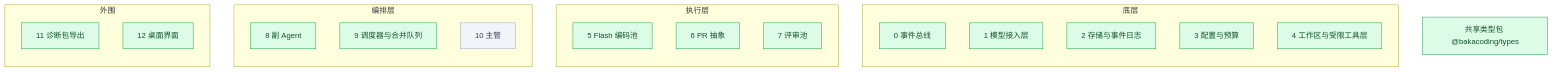
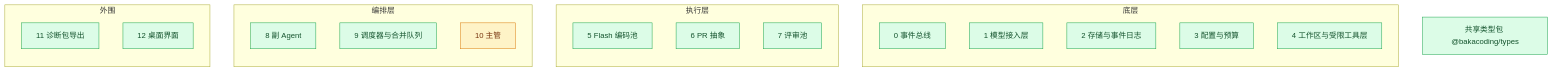
The diagram in docs/progress.md (Akarin7784/BakaCoding), drawn with Mermaid before and after one commit. The commit also changed other lines of this file, not shown here.

````diff
--- a/docs/progress.md
+++ b/docs/progress.md
@@ -11,32 +11,32 @@
 ```mermaid
 flowchart BT
   subgraph 底层
     M0[0 事件总线]
     M1[1 模型接入层]
     M2[2 存储与事件日志]
     M3[3 配置与预算]
     M4[4 工作区与受限工具层]
   end
   subgraph 执行层
     M5[5 Flash 编码池]
     M6[6 PR 抽象]
     M7[7 评审池]
   end
   subgraph 编排层
     M8[8 副 Agent]
     M9[9 调度器与合并队列]
     M10[10 主管]
   end
   subgraph 外围
     M11[11 诊断包导出]
     M12[12 桌面界面]
   end
   T[共享类型包 @bakacoding/types]
 
   classDef todo fill:#f1f5f9,stroke:#94a3b8,color:#334155
   classDef doing fill:#fef3c7,stroke:#d97706,color:#78350f
   classDef done fill:#dcfce7,stroke:#16a34a,color:#14532d
 
   class M0,M1,M2,M3,M4,M5,M6,M7,M8,M9,M11,M12,T done
-  class M10 todo
+  class M10 doing
 ```
````
